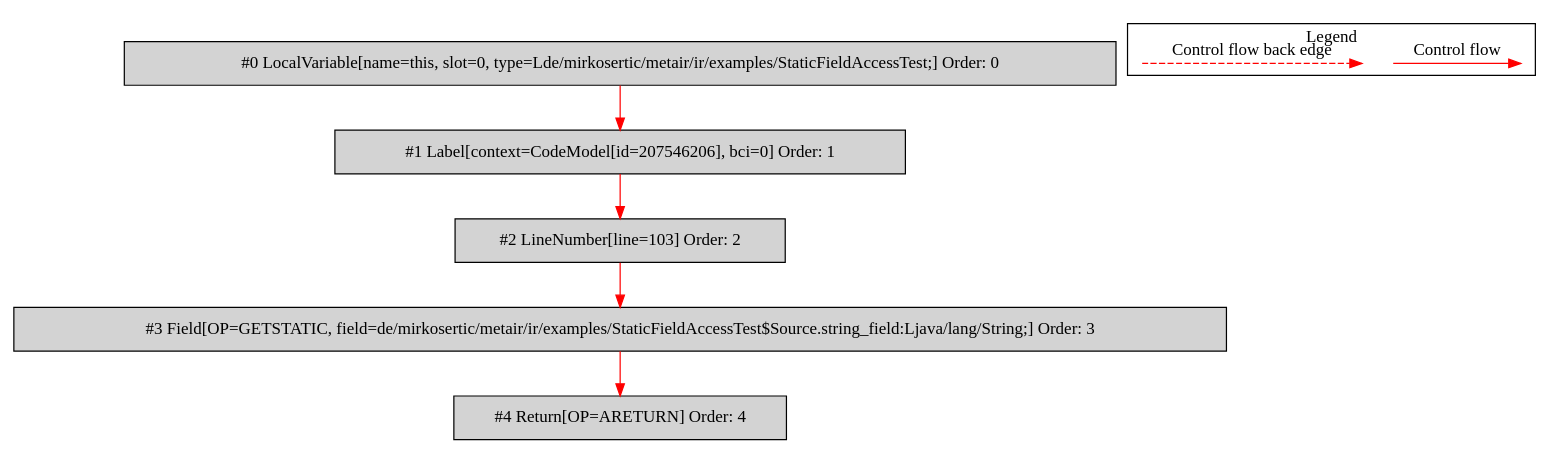
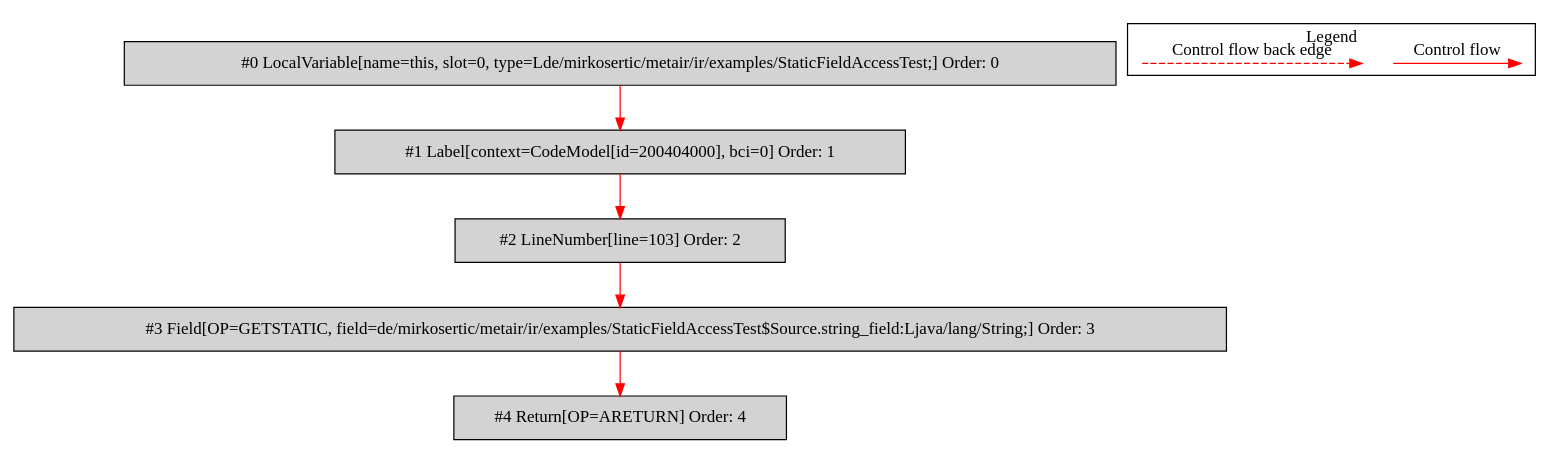
The diagram in de.mirkosertic.metair.ir.examples.StaticFieldAccessTest/return_string/bytecodecfg.dot (mirkosertic/MetaIR), drawn with Graphviz before and after one commit. The commit also changed 868 other files, not shown here.

```diff
--- a/de.mirkosertic.metair.ir.examples.StaticFieldAccessTest/return_string/bytecodecfg.dot
+++ b/de.mirkosertic.metair.ir.examples.StaticFieldAccessTest/return_string/bytecodecfg.dot
@@ -1,26 +1,26 @@
 digraph {
  ordering="in";
  node0[label="#0 LocalVariable[name=this, slot=0, type=Lde/mirkosertic/metair/ir/examples/StaticFieldAccessTest;] Order: 0", shape=box, fillcolor=lightgrey, style=filled];
- node1[label="#1 Label[context=CodeModel[id=207546206], bci=0] Order: 1", shape=box, fillcolor=lightgrey, style=filled];
+ node1[label="#1 Label[context=CodeModel[id=200404000], bci=0] Order: 1", shape=box, fillcolor=lightgrey, style=filled];
  node2[label="#2 LineNumber[line=103] Order: 2", shape=box, fillcolor=lightgrey, style=filled];
  node3[label="#3 Field[OP=GETSTATIC, field=de/mirkosertic/metair/ir/examples/StaticFieldAccessTest$Source.string_field:Ljava/lang/String;] Order: 3", shape=box, fillcolor=lightgrey, style=filled];
  node4[label="#4 Return[OP=ARETURN] Order: 4", shape=box, fillcolor=lightgrey, style=filled];
  node0 -> node1[color=red];
  node1 -> node2[color=red];
  node2 -> node3[color=red];
  node3 -> node4[color=red];
  subgraph cluster_000 {
   label = "Legend";
   node [shape=point]
   {
    rank=same;
    c0 [style = invis];
    c1 [style = invis];
    c2 [style = invis];
    c3 [style = invis];
   }
   c0 -> c1 [label="Control flow", style=solid, color=red]
   c2 -> c3 [label="Control flow back edge", style=dashed, color=red]
  }
 
 }
```
